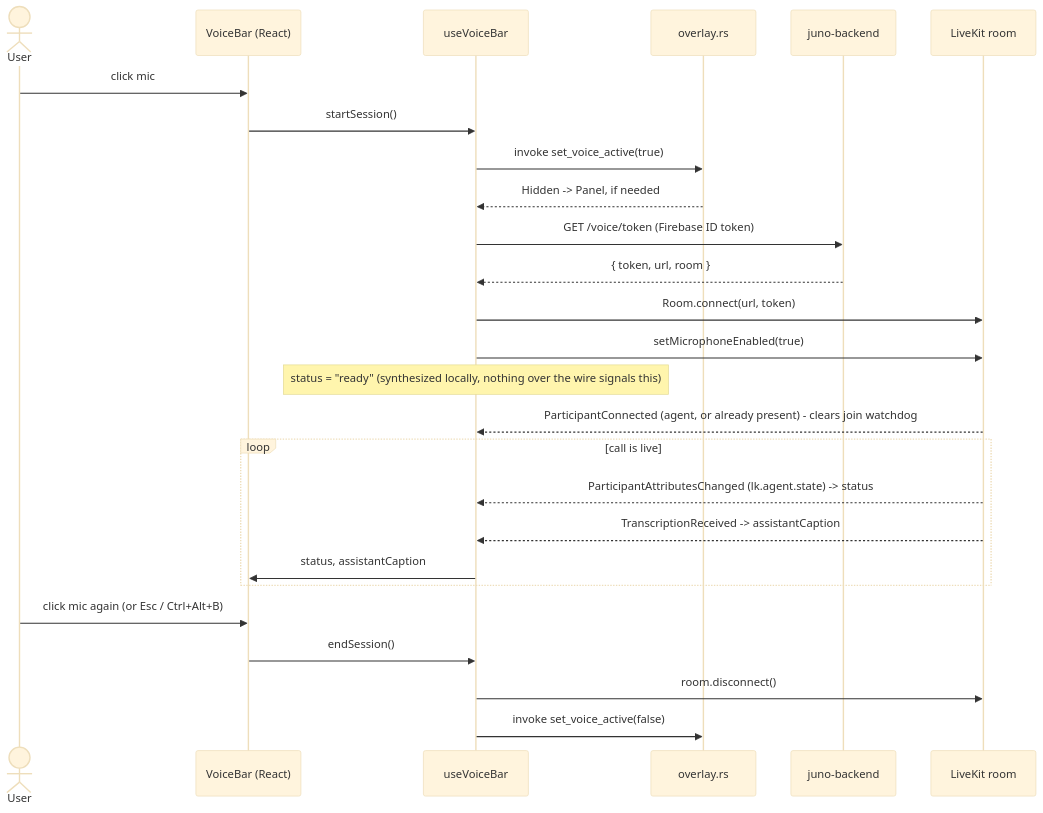
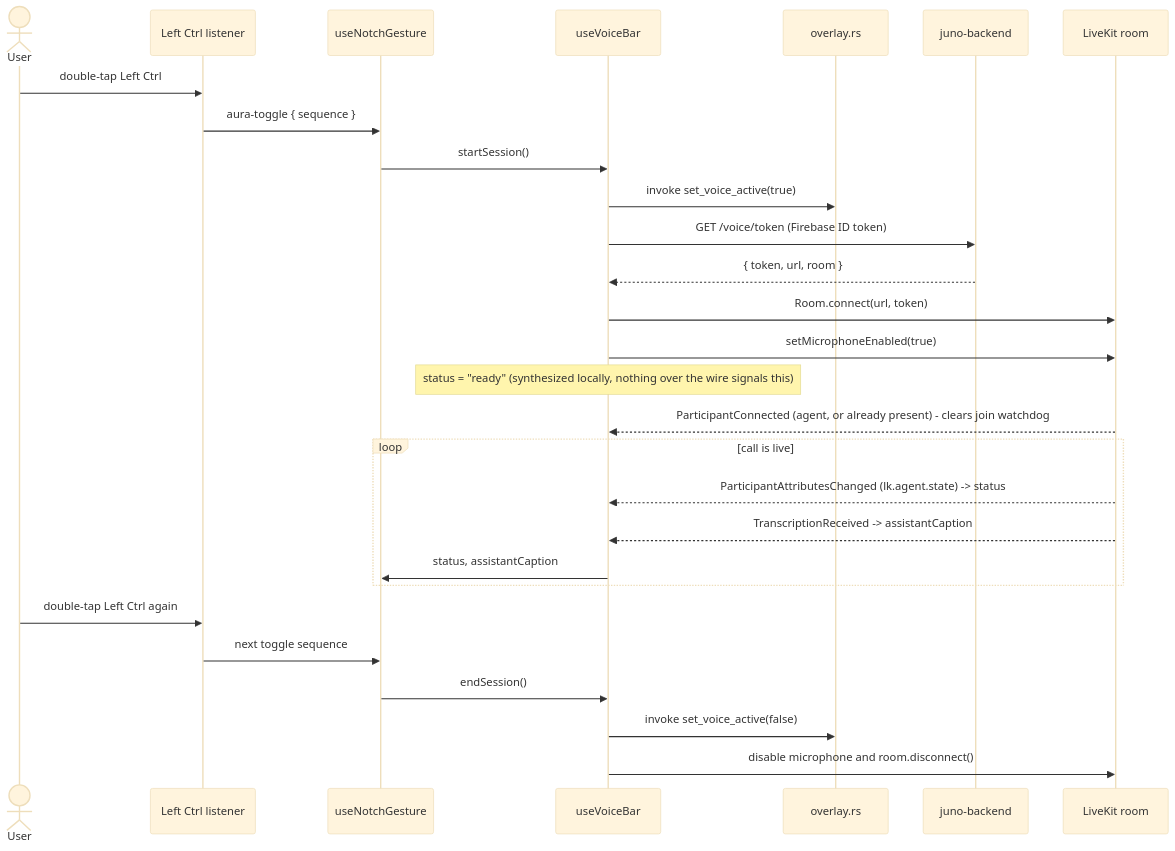
One commit to AuraVoice/Aura-Desktop changed the third of 6 diagrams in README.md. Above: the diagram before and after it, drawn with Mermaid (base theme). The commit also changed other lines of this file and 2 other files, not shown here.

Commit message:
Refactor overlay focus handling to prevent focus-stealing behavior for the notch/Bar. Ensure only the Setup panel forces foreground focus, improving user experience with keyboard interactions.

````diff
--- a/README.md
+++ b/README.md
@@ -231,29 +224,31 @@
 ```mermaid
 sequenceDiagram
     actor User
-    participant Bar as VoiceBar (React)
+    participant Key as Left Ctrl listener
+    participant Notch as useNotchGesture
     participant Hook as useVoiceBar
     participant Rust as overlay.rs
     participant Backend as juno-backend
     participant LK as LiveKit room
 
-    User->>Bar: click mic
-    Bar->>Hook: startSession()
+    User->>Key: double-tap Left Ctrl
+    Key->>Notch: aura-toggle { sequence }
+    Notch->>Hook: startSession()
     Hook->>Rust: invoke set_voice_active(true)
-    Rust-->>Hook: Hidden -> Panel, if needed
     Hook->>Backend: GET /voice/token (Firebase ID token)
     Backend-->>Hook: { token, url, room }
     Hook->>LK: Room.connect(url, token)
     Hook->>LK: setMicrophoneEnabled(true)
     Note over Hook: status = "ready" (synthesized locally, nothing over the wire signals this)
     LK-->>Hook: ParticipantConnected (agent, or already present) - clears join watchdog
     loop call is live
         LK-->>Hook: ParticipantAttributesChanged (lk.agent.state) -> status
         LK-->>Hook: TranscriptionReceived -> assistantCaption
-        Hook->>Bar: status, assistantCaption
+        Hook->>Notch: status, assistantCaption
     end
-    User->>Bar: click mic again (or Esc / Ctrl+Alt+B)
-    Bar->>Hook: endSession()
-    Hook->>LK: room.disconnect()
+    User->>Key: double-tap Left Ctrl again
+    Key->>Notch: next toggle sequence
+    Notch->>Hook: endSession()
     Hook->>Rust: invoke set_voice_active(false)
+    Hook->>LK: disable microphone and room.disconnect()
 ```
````
